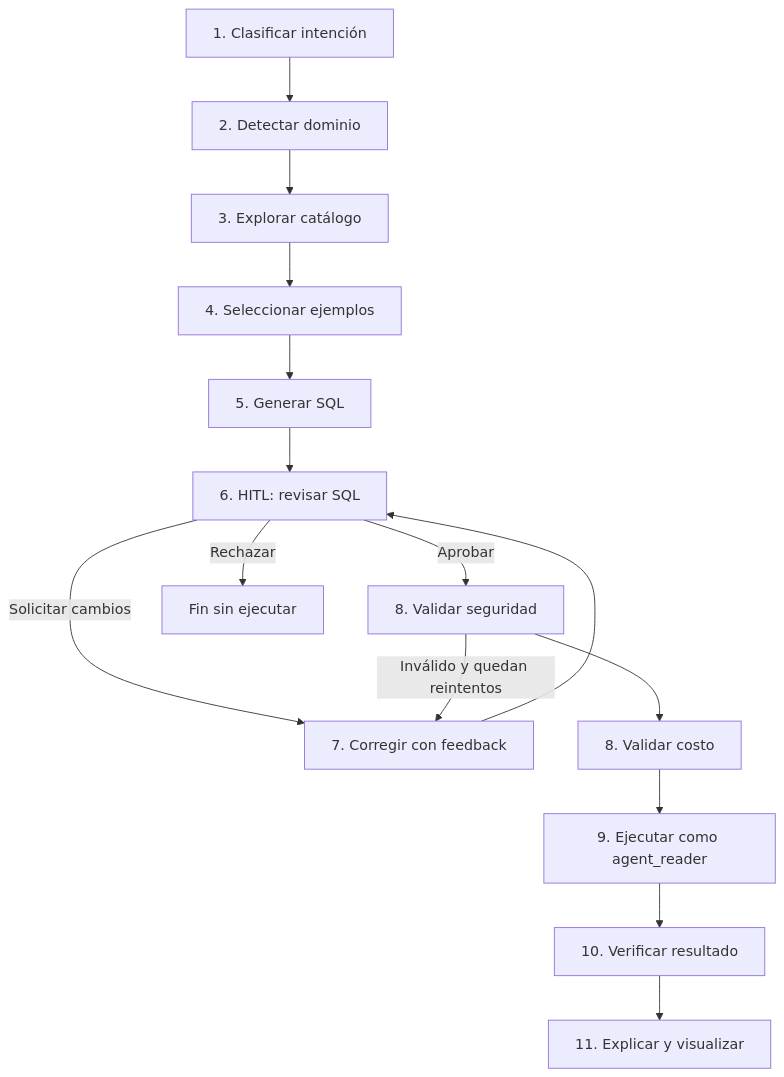
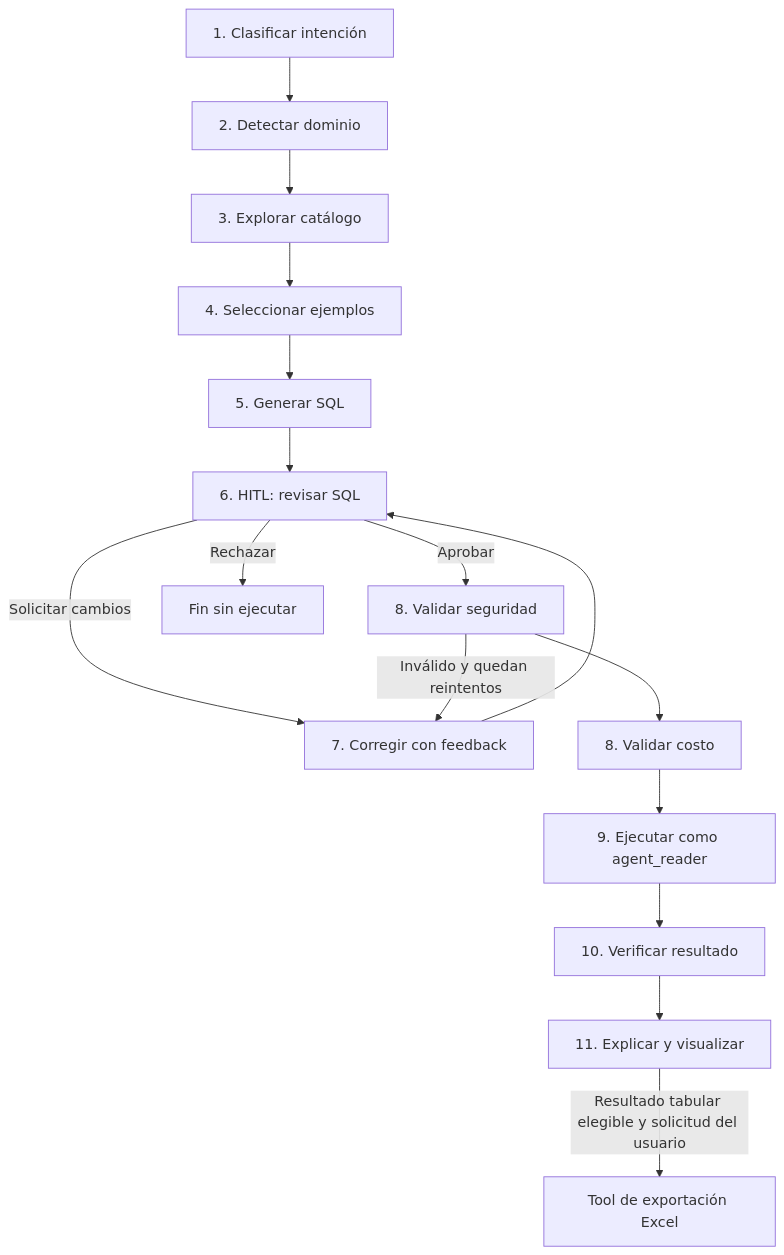
The second of 4 diagrams in README.md (edgarrth/multiagente-sql-reporter), drawn with Mermaid before and after one commit. The commit also changed other lines of this file and 15 other files, not shown here.

````diff
--- a/README.md
+++ b/README.md
@@ -103,17 +109,18 @@
 ```mermaid
 flowchart TD
     A[1. Clasificar intención] --> B[2. Detectar dominio]
     B --> C[3. Explorar catálogo]
     C --> D[4. Seleccionar ejemplos]
     D --> E[5. Generar SQL]
     E --> F[6. HITL: revisar SQL]
     F -->|Solicitar cambios| G[7. Corregir con feedback]
     G --> F
     F -->|Aprobar| H[8. Validar seguridad]
     H -->|Inválido y quedan reintentos| G
     H --> I[8. Validar costo]
     I --> J[9. Ejecutar como agent_reader]
     J --> K[10. Verificar resultado]
     K --> L[11. Explicar y visualizar]
+    L -->|Resultado tabular elegible y solicitud del usuario| X[Tool de exportación Excel]
     F -->|Rechazar| Z[Fin sin ejecutar]
 ```
````
